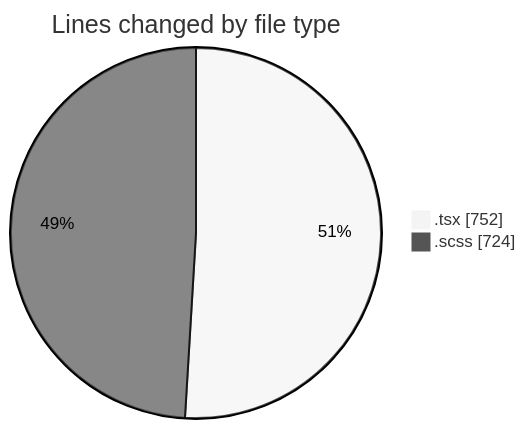
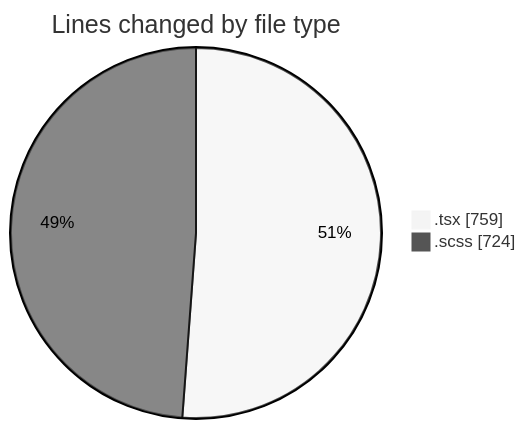
Before and after one commit to momahboobian/code-tracking: the first of 2 diagrams in 2025-10-06/cda/README.md, drawn with Mermaid (neutral theme). The commit also changed other lines of this file and 1 other file, not shown here.

````diff
--- a/2025-10-06/cda/README.md
+++ b/2025-10-06/cda/README.md
@@ -24,6 +24,6 @@
 ```mermaid
 pie showData
 title Lines changed by file type
-".tsx" : 752
+".tsx" : 759
 ".scss" : 724
 ```
````
